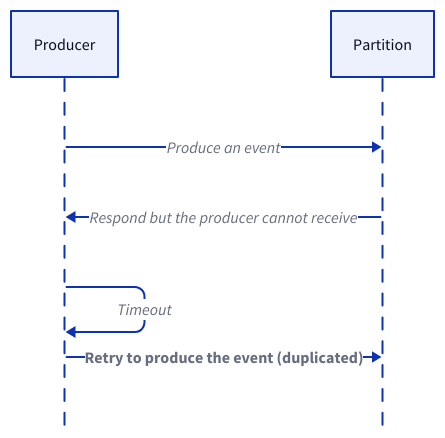
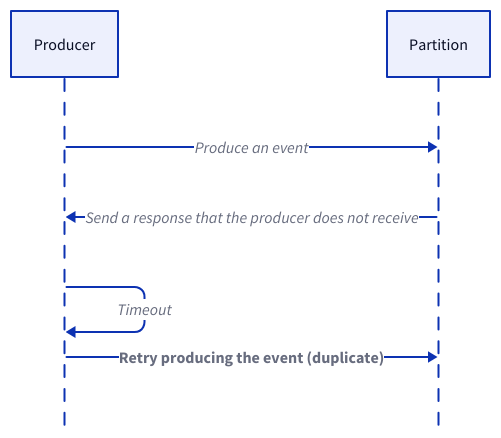
One commit to link1905/system-design-101 changed the sixth of 14 diagrams in content/data-persistence/event-streaming-platform/delivery-semantics.md. Above: the diagram before and after it, drawn with D2. The commit also changed other lines of this file and 42 other files, not shown here.

````diff
--- a/content/data-persistence/event-streaming-platform/delivery-semantics.md
+++ b/content/data-persistence/event-streaming-platform/delivery-semantics.md
@@ -151,17 +150,17 @@
 ```d2
 shape: sequence_diagram
 p: Producer {
     class: server
 }
 q: Partition {
     class: mq
 }
 p -> q: Produce an event
-q -> p: Respond but the producer cannot receive {
+q -> p: Send a response that the producer does not receive {
     class: error-conn
 }
 p -> p: Timeout
-p --> q: Retry to produce the event (duplicated) {
+p --> q: Retry producing the event (duplicate) {
   style.bold: true
 }
 ```
````
